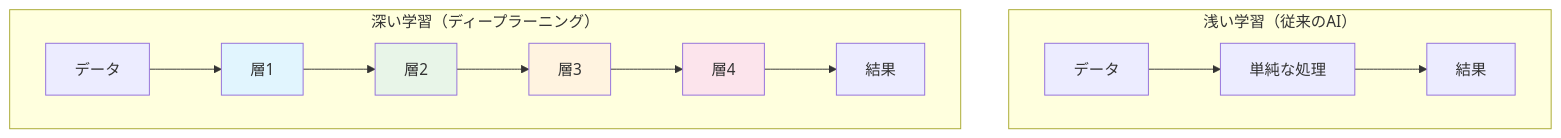
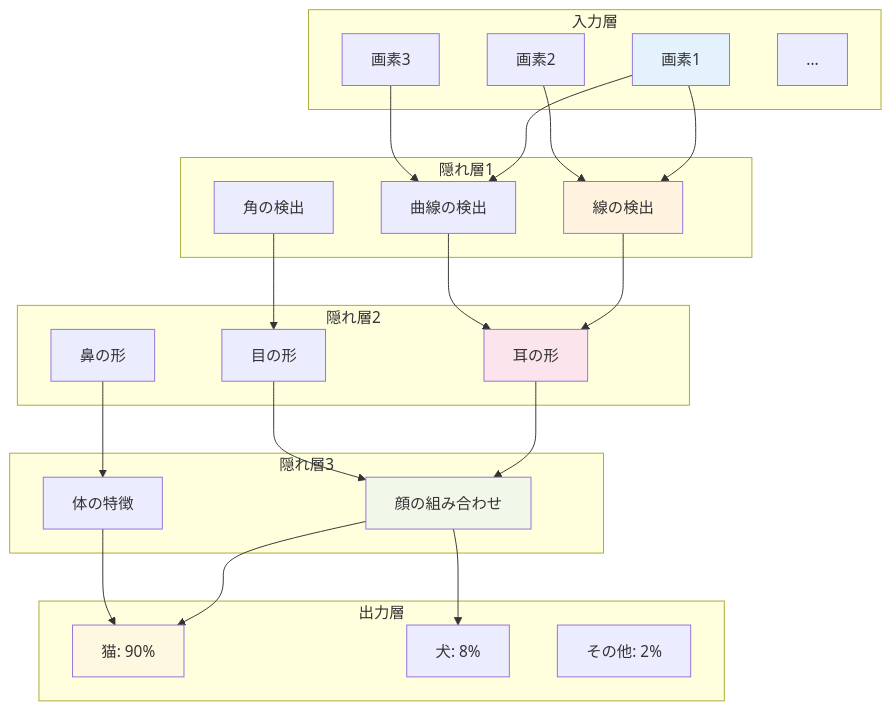
Before and after one commit to SparklingDetergent/doc_genai_mental_model: the fourth of 28 diagrams in AI/DeepLearning/README.MD, drawn with Mermaid. The commit also changed other lines of this file, not shown here.

````diff
--- a/AI/DeepLearning/README.MD
+++ b/AI/DeepLearning/README.MD
@@ -76,15 +113,55 @@
 ```mermaid
 graph TD
-    subgraph "浅い学習（従来のAI）"
-        A1[データ] --> B1[単純な処理] --> C1[結果]
+    subgraph "入力層"
+        I1[画素1] 
+        I2[画素2]
+        I3[画素3]
+        I4[...]
     end
     
-    subgraph "深い学習（ディープラーニング）"
-        A2[データ] --> B2[層1] --> C2[層2] --> D2[層3] --> E2[層4] --> F2[結果]
+    subgraph "隠れ層1"
+        H11[線の検出]
+        H12[曲線の検出] 
+        H13[角の検出]
     end
     
-    style B2 fill:#e1f5fe
-    style C2 fill:#e8f5e8
-    style D2 fill:#fff3e0
-    style E2 fill:#fce4ec
+    subgraph "隠れ層2"
+        H21[耳の形]
+        H22[目の形]
+        H23[鼻の形]
+    end
+    
+    subgraph "隠れ層3"
+        H31[顔の組み合わせ]
+        H32[体の特徴]
+    end
+    
+    subgraph "出力層"
+        O1[猫: 90%]
+        O2[犬: 8%]
+        O3[その他: 2%]
+    end
+    
+    I1 --> H11
+    I2 --> H11
+    I1 --> H12
+    I3 --> H12
+    
+    H11 --> H21
+    H12 --> H21
+    H13 --> H22
+    
+    H21 --> H31
+    H22 --> H31
+    H23 --> H32
+    
+    H31 --> O1
+    H32 --> O1
+    H31 --> O2
+    
+    style I1 fill:#e3f2fd
+    style H11 fill:#fff3e0
+    style H21 fill:#fce4ec
+    style H31 fill:#f1f8e9
+    style O1 fill:#fff8e1
 ```
````
